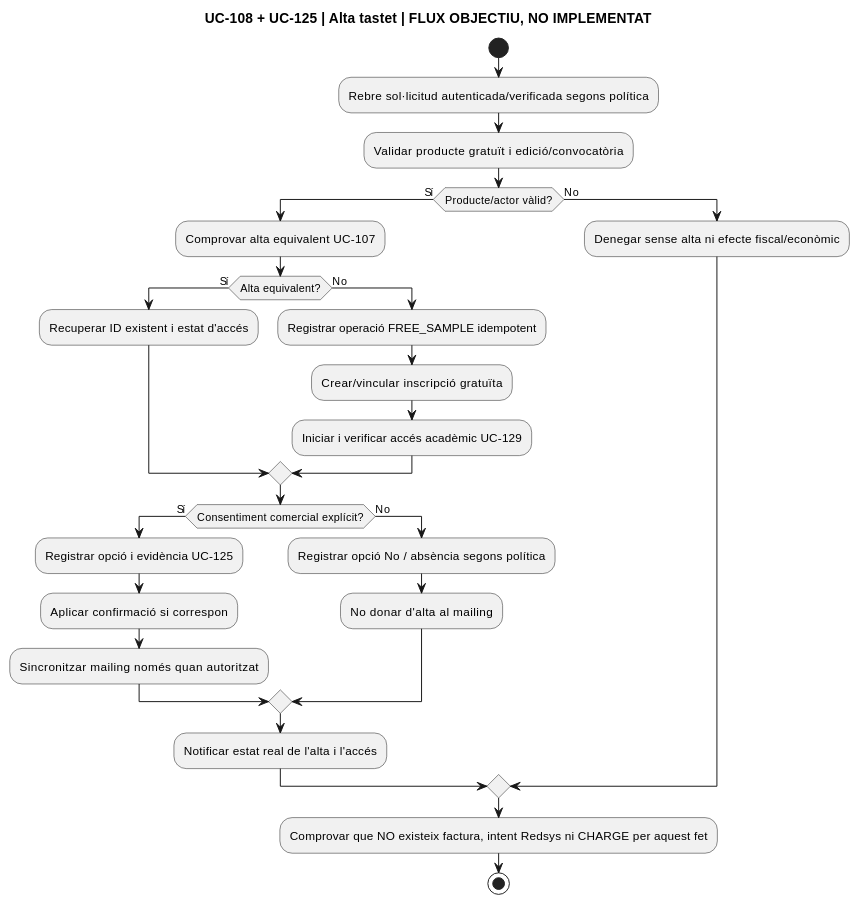
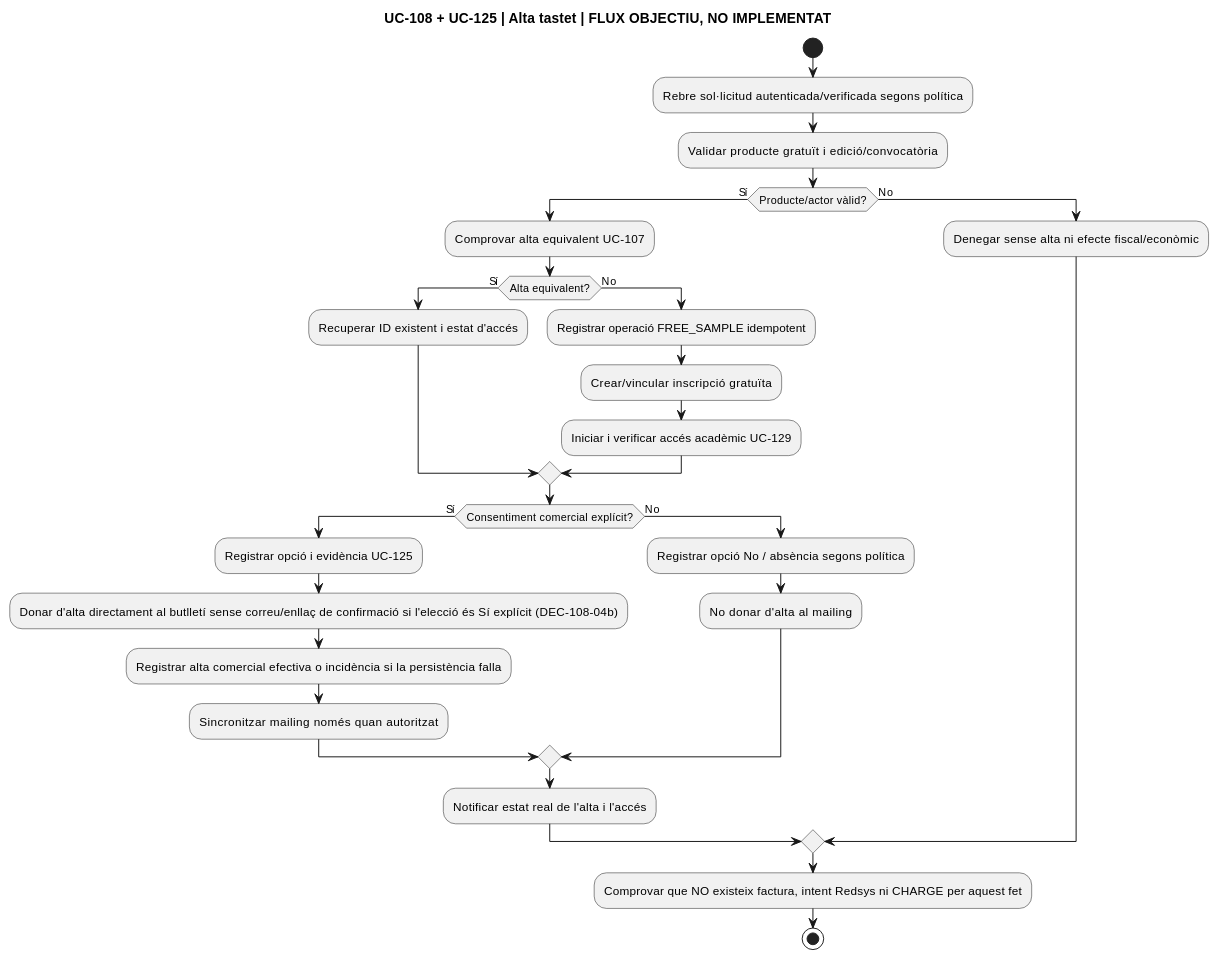
The second of 2 diagrams in documentacio/07-uml-integrat/00-auditoria-casos-pendents-lot-01-2026-09-22.md (orgmeriemprismacat-del/verifactu), drawn with PlantUML before and after one commit. The commit also changed other lines of this file, not shown here.

````diff
--- a/documentacio/07-uml-integrat/00-auditoria-casos-pendents-lot-01-2026-09-22.md
+++ b/documentacio/07-uml-integrat/00-auditoria-casos-pendents-lot-01-2026-09-22.md
@@ -93,31 +95,32 @@
 ```plantuml
 @startuml
 title UC-108 + UC-125 | Alta tastet | FLUX OBJECTIU, NO IMPLEMENTAT
 start
 :Rebre sol·licitud autenticada/verificada segons política;
 :Validar producte gratuït i edició/convocatòria;
 if (Producte/actor vàlid?) then (Sí)
   :Comprovar alta equivalent UC-107;
   if (Alta equivalent?) then (Sí)
     :Recuperar ID existent i estat d'accés;
   else (No)
     :Registrar operació FREE_SAMPLE idempotent;
     :Crear/vincular inscripció gratuïta;
     :Iniciar i verificar accés acadèmic UC-129;
   endif
   if (Consentiment comercial explícit?) then (Sí)
     :Registrar opció i evidència UC-125;
-    :Aplicar confirmació si correspon;
+    :Donar d'alta directament al butlletí sense correu/enllaç de confirmació si l'elecció és Sí explícit (DEC-108-04b);
+    :Registrar alta comercial efectiva o incidència si la persistència falla;
     :Sincronitzar mailing només quan autoritzat;
   else (No)
     :Registrar opció No / absència segons política;
     :No donar d'alta al mailing;
   endif
   :Notificar estat real de l'alta i l'accés;
 else (No)
   :Denegar sense alta ni efecte fiscal/econòmic;
 endif
 :Comprovar que NO existeix factura, intent Redsys ni CHARGE per aquest fet;
 stop
 @enduml
 ```
````
